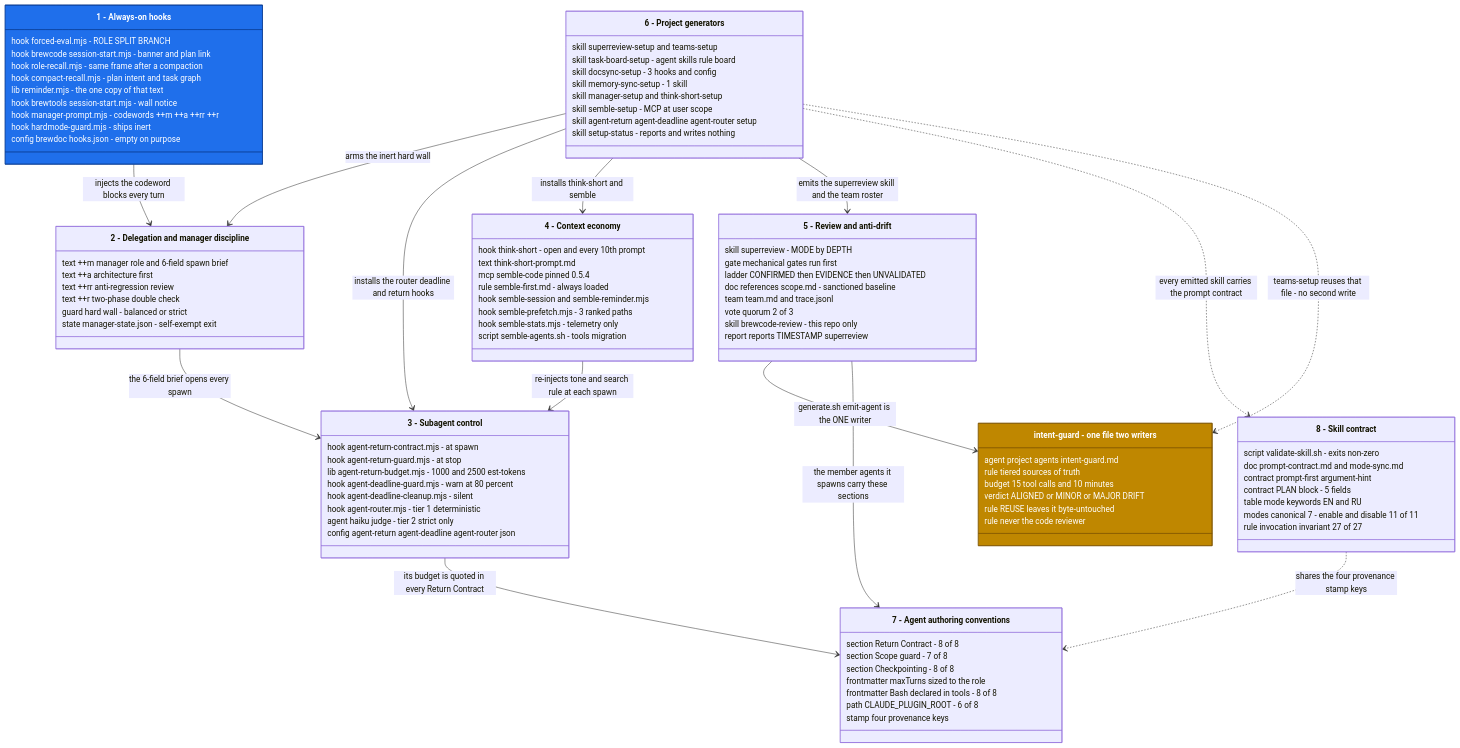
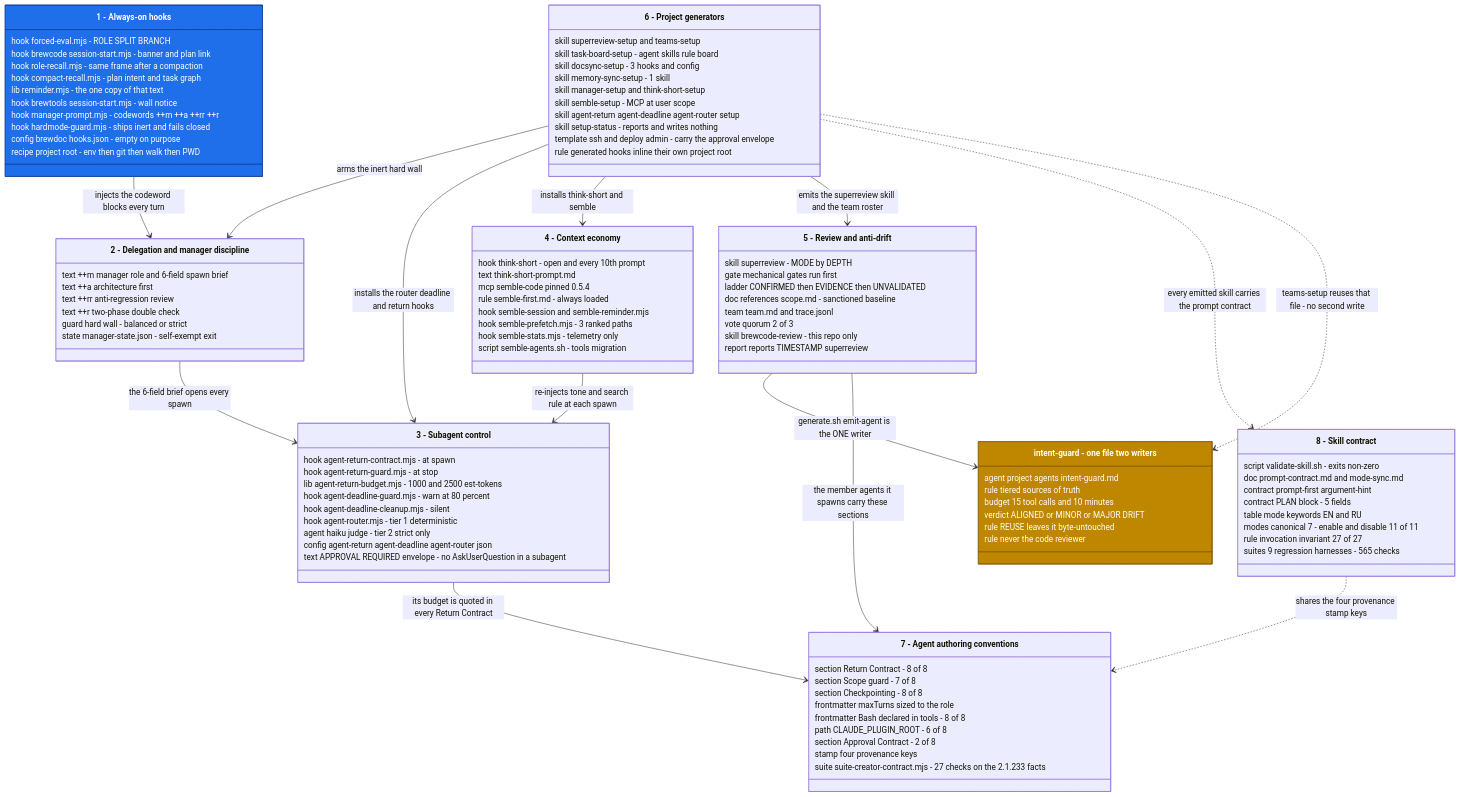
The first of 2 diagrams in APPROACHES.md (kochetkov-ma/claude-brewcode), drawn with Mermaid before and after one commit. The commit also changed other lines of this file and 309 other files, not shown here.

```diff
--- a/APPROACHES.md
+++ b/APPROACHES.md
@@ -54,8 +58,9 @@
     lib reminder.mjs - the one copy of that text
     hook brewtools session-start.mjs - wall notice
     hook manager-prompt.mjs - codewords ++m ++a ++rr ++r
-    hook hardmode-guard.mjs - ships inert
+    hook hardmode-guard.mjs - ships inert and fails closed
     config brewdoc hooks.json - empty on purpose
+    recipe project root - env then git then walk then PWD
   }
 
   class S2["2 - Delegation and manager discipline"] {
@@ -76,6 +81,7 @@
     hook agent-router.mjs - tier 1 deterministic
     agent haiku judge - tier 2 strict only
     config agent-return agent-deadline agent-router json
+    text APPROVAL REQUIRED envelope - no AskUserQuestion in a subagent
   }
 
   class S4["4 - Context economy"] {
@@ -109,6 +115,8 @@
     skill semble-setup - MCP at user scope
     skill agent-return agent-deadline agent-router setup
     skill setup-status - reports and writes nothing
+    template ssh and deploy admin - carry the approval envelope
+    rule generated hooks inline their own project root
   }
 
   class S7["7 - Agent authoring conventions"] {
@@ -118,7 +126,9 @@
     frontmatter maxTurns sized to the role
     frontmatter Bash declared in tools - 8 of 8
     path CLAUDE_PLUGIN_ROOT - 6 of 8
+    section Approval Contract - 2 of 8
     stamp four provenance keys
+    suite suite-creator-contract.mjs - 27 checks on the 2.1.233 facts
   }
 
   class S8["8 - Skill contract"] {
@@ -129,6 +139,7 @@
     table mode keywords EN and RU
     modes canonical 7 - enable and disable 11 of 11
     rule invocation invariant 27 of 27
+    suites 9 regression harnesses - 565 checks
   }
 
   class IG["intent-guard - one file two writers"] {
```
